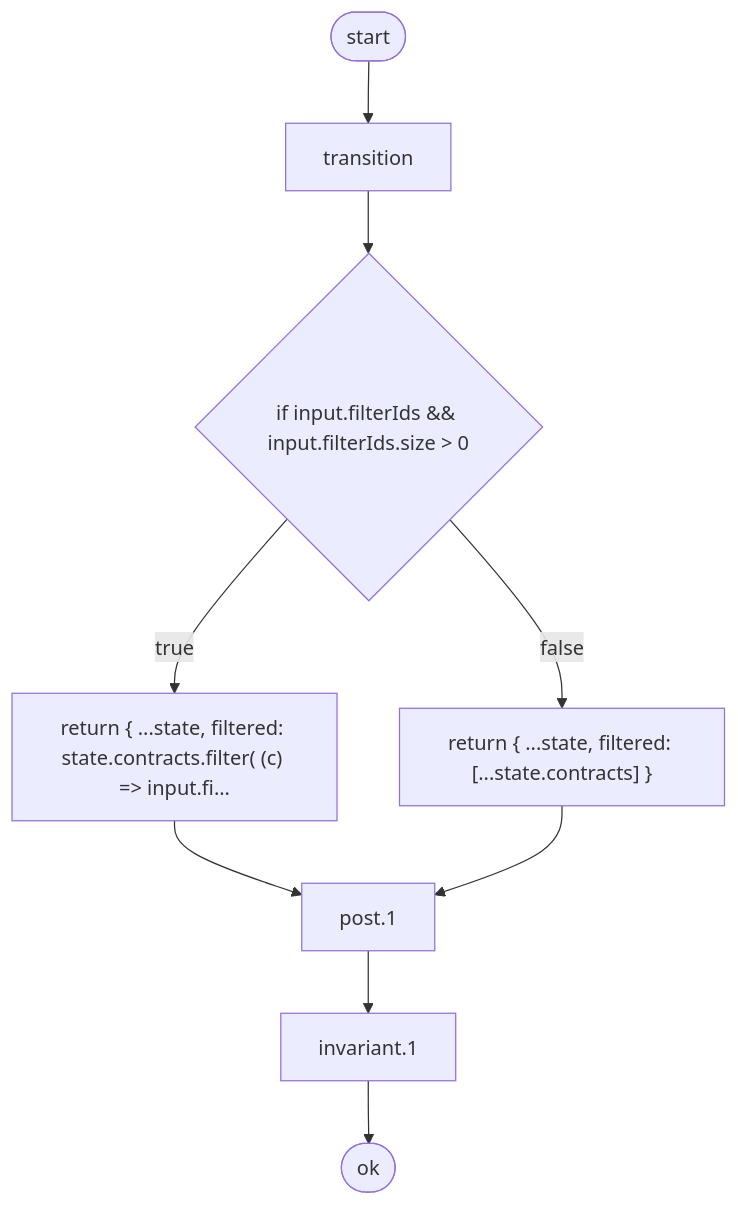
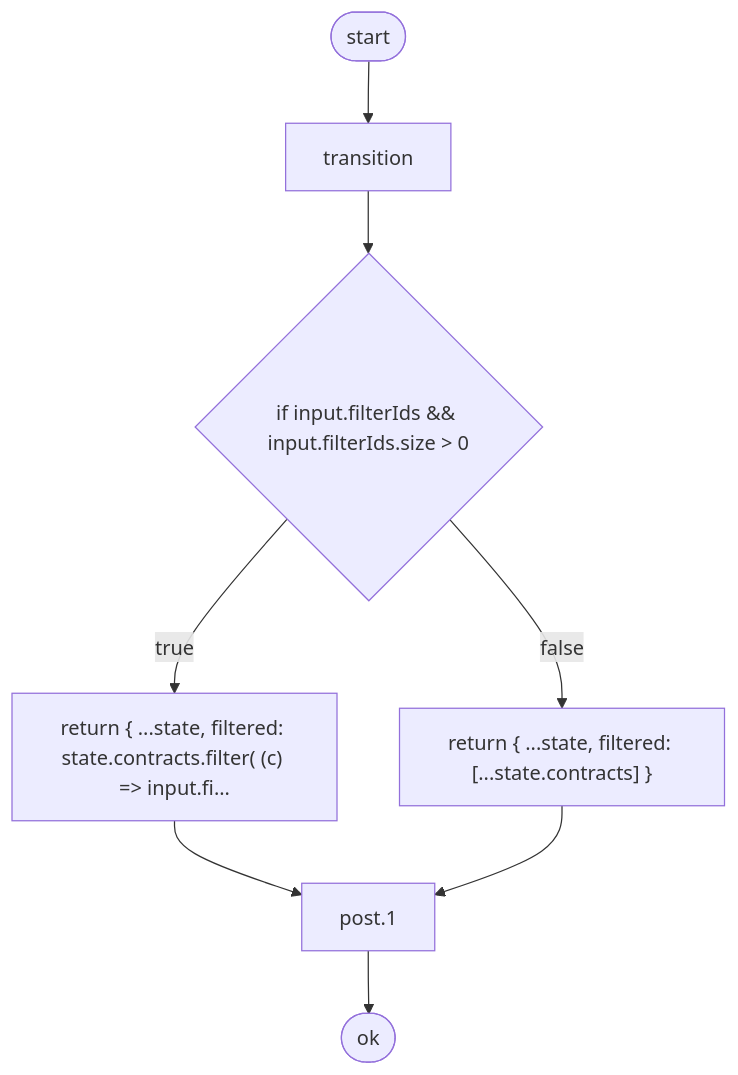
Before and after one commit to fyuuki0jp/seizu: the fifth of 13 diagrams in packages/kata-cli/docs/contracts.md, drawn with Mermaid. The commit also changed other lines of this file and 42 other files, not shown here.

````diff
--- a/packages/kata-cli/docs/contracts.md
+++ b/packages/kata-cli/docs/contracts.md
@@ -229,19 +249,17 @@
 ```mermaid
 flowchart TD
   n1(["start"])
   n2(["ok"])
   n3["transition"]
   n4{"if input.filterIds && input.filterIds.size > 0"}
   n5["return { ...state, filtered: state.contracts.filter( (c) => input.fi..."]
   n6["return { ...state, filtered: [...state.contracts] }"]
   n7["post.1"]
-  n8["invariant.1"]
   n1 --> n3
   n3 --> n4
   n4 -->|true| n5
   n4 -->|false| n6
   n5 --> n7
   n6 --> n7
-  n7 --> n8
-  n8 --> n2
+  n7 --> n2
 ```
````
